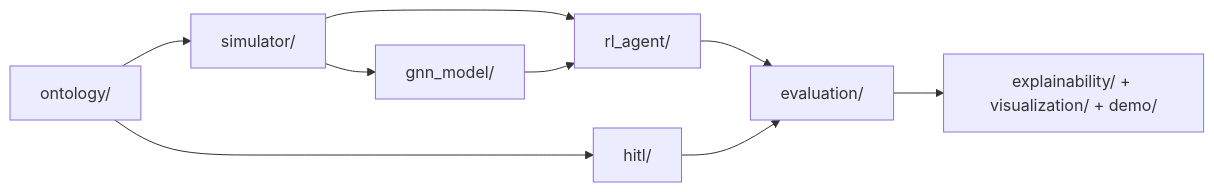
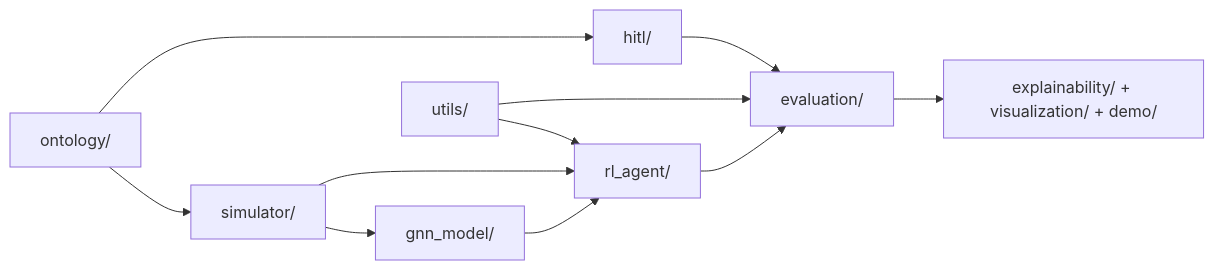
The diagram in README.md (Navy10021/falcon), drawn with Mermaid before and after one commit. The commit also changed other lines of this file, not shown here.

````diff
--- a/README.md
+++ b/README.md
@@ -54,11 +56,13 @@
 ```mermaid
 flowchart LR
   O[ontology/] --> S[simulator/]
   O --> H[hitl/]
   S --> G[gnn_model/]
   S --> R[rl_agent/]
   G --> R
   R --> E[evaluation/]
   H --> E
   E --> X[explainability/ + visualization/ + demo/]
+  U[utils/] --> R
+  U --> E
 ```
````
